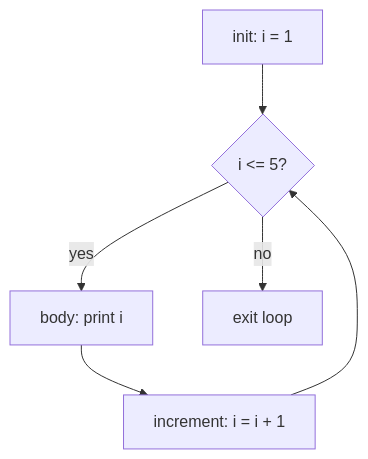
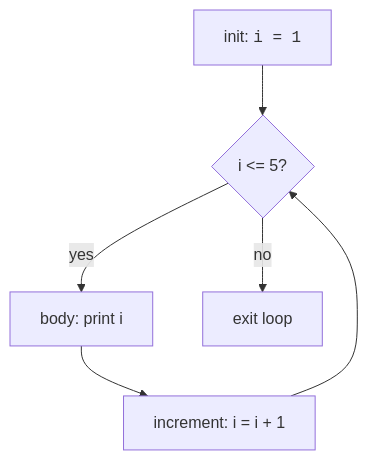
One commit to dataslope/dataslope changed the diagram in content/learn/c-programming-for-beginners/loops.mdx. Above: the diagram before and after it, drawn with Mermaid. The commit also changed 100 other files, not shown here.

First line of the commit message:
Wrap more code in diagram labels: filenames, hex, assignments, subgraph titles

````diff
--- a/content/learn/c-programming-for-beginners/loops.mdx
+++ b/content/learn/c-programming-for-beginners/loops.mdx
@@ -252,8 +252,8 @@
 ```mermaid
 flowchart TD
-    A[init: i = 1] --> B{i <= 5?}
+    A["init: <code>i = 1</code>"] --> B{i <= 5?}
     B -- yes --> C[body: print i]
     C --> D[increment: i = i + 1]
     D --> B
     B -- no --> E[exit loop]
 ```
````
